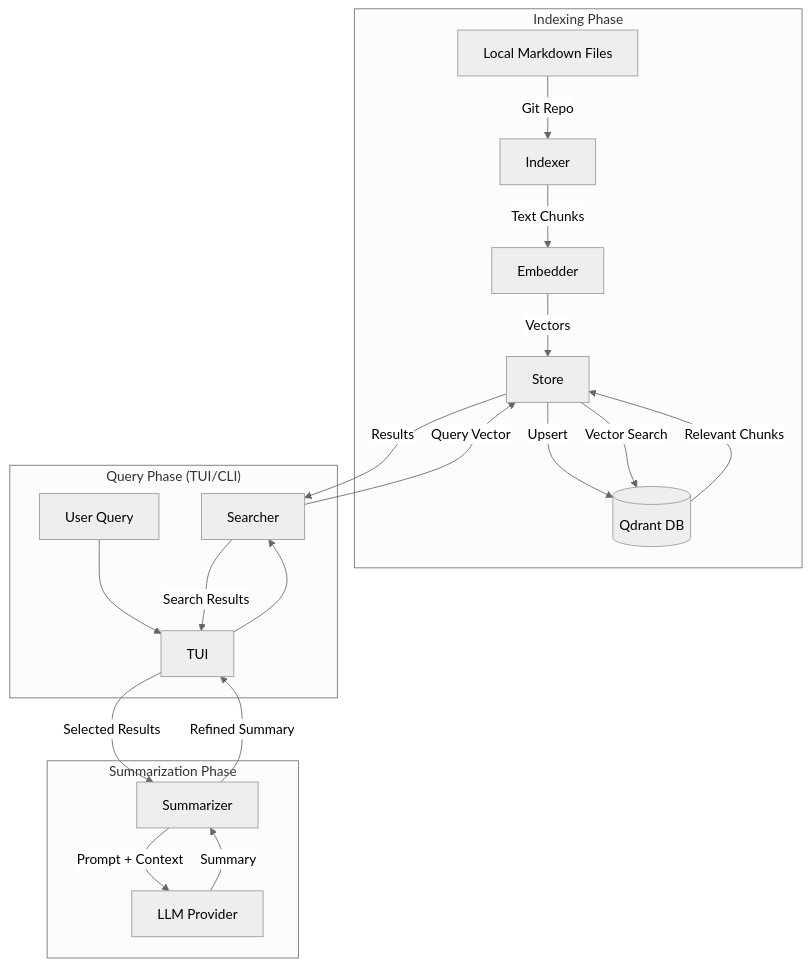
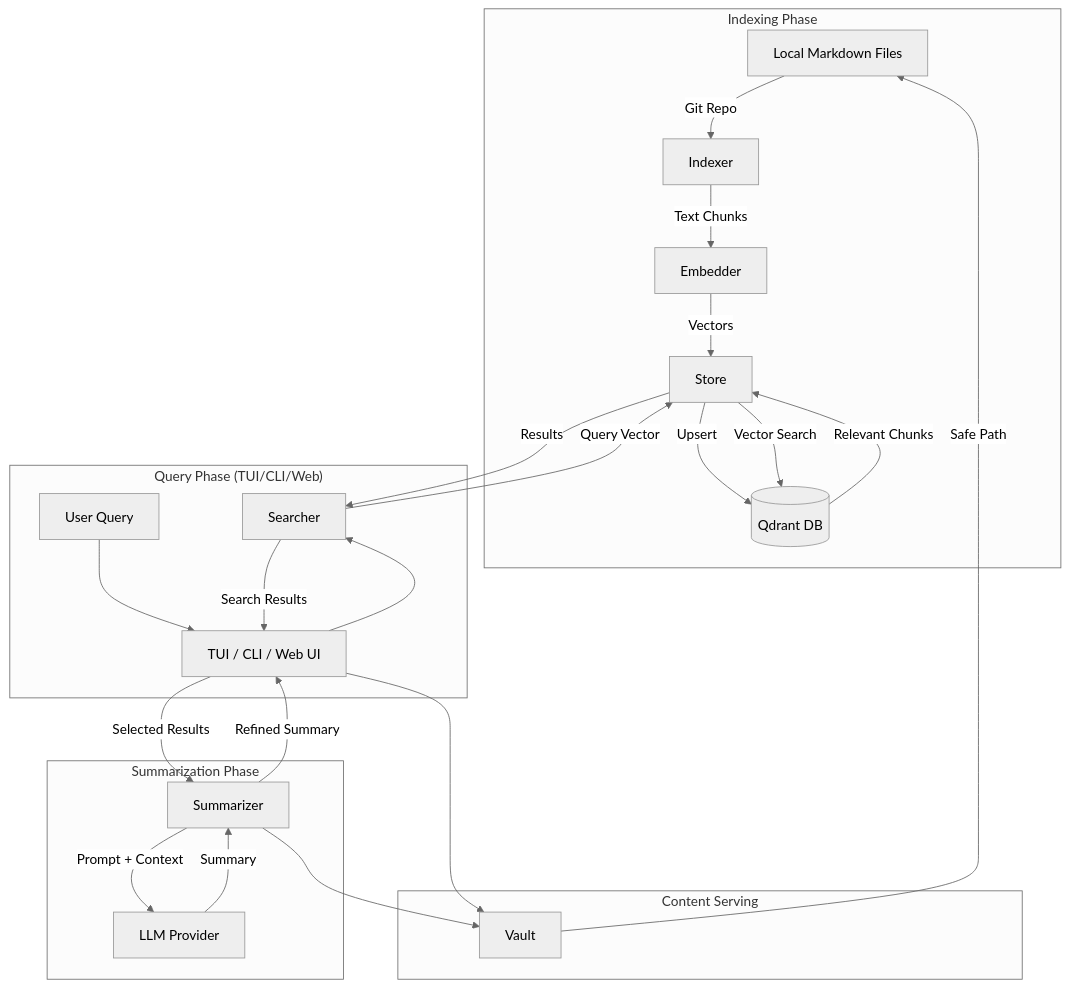
Before and after one commit to mdfranz/code-gehirn: the diagram in ARCHITECTURE.md, drawn with Mermaid (neutral theme). The commit also changed other lines of this file and 1 other file, not shown here.

````diff
--- a/ARCHITECTURE.md
+++ b/ARCHITECTURE.md
@@ -27,26 +41,32 @@
 ```mermaid
 graph TD
     subgraph "Indexing Phase"
         Markdown[Local Markdown Files] -->|Git Repo| Indexer
         Indexer -->|Text Chunks| Provider_Embedder[Embedder]
         Provider_Embedder -->|Vectors| Store
         Store -->|Upsert| Qdrant[(Qdrant DB)]
     end
 
-    subgraph "Query Phase (TUI/CLI)"
-        UserInput[User Query] --> TUI
-        TUI --> Searcher
+    subgraph "Query Phase (TUI/CLI/Web)"
+        UserInput[User Query] --> UI[TUI / CLI / Web UI]
+        UI --> Searcher
         Searcher -->|Query Vector| Store
         Store -->|Vector Search| Qdrant
         Qdrant -->|Relevant Chunks| Store
         Store -->|Results| Searcher
-        Searcher -->|Search Results| TUI
+        Searcher -->|Search Results| UI
     end
 
     subgraph "Summarization Phase"
-        TUI -->|Selected Results| Summarizer
+        UI -->|Selected Results| Summarizer
         Summarizer -->|Prompt + Context| Provider_LLM[LLM Provider]
         Provider_LLM -->|Summary| Summarizer
-        Summarizer -->|Refined Summary| TUI
+        Summarizer -->|Refined Summary| UI
+    end
+
+    subgraph "Content Serving"
+        UI --> Vault[Vault]
+        Vault -->|Safe Path| Markdown
+        Summarizer --> Vault
     end
 ```
````
